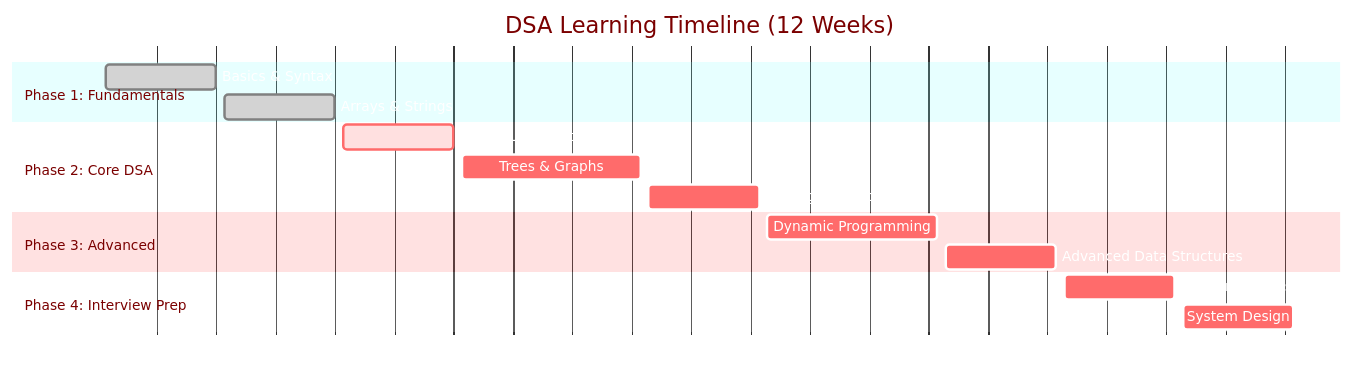
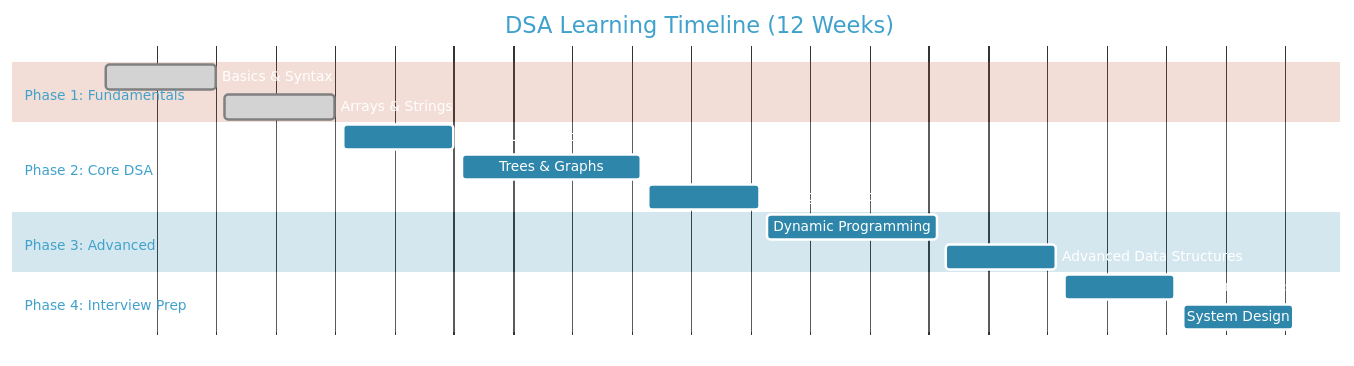
The third of 6 diagrams in references/learning-resources.md (AbhishekGiri04/CodeVault), drawn with Mermaid before and after one commit. The commit also changed other lines of this file, not shown here.

````diff
--- a/references/learning-resources.md
+++ b/references/learning-resources.md
@@ -235,25 +235,25 @@
 ```mermaid
 gantt
     title DSA Learning Timeline (12 Weeks)
     dateFormat  YYYY-MM-DD
     axisFormat %m/%d
     
     section Phase 1: Fundamentals
     Basics & Syntax           :done, basics, 2024-01-01, 2024-01-14
     Arrays & Strings          :done, arrays, 2024-01-15, 2024-01-28
     
     section Phase 2: Core DSA
     Linked Lists & Stacks     :active, lists, 2024-01-29, 2024-02-11
     Trees & Graphs            :trees, 2024-02-12, 2024-03-04
     Sorting & Searching       :sorting, 2024-03-05, 2024-03-18
     
     section Phase 3: Advanced
     Dynamic Programming       :dp, 2024-03-19, 2024-04-08
     Advanced Data Structures  :advanced, 2024-04-09, 2024-04-22
     
     section Phase 4: Interview Prep
     Mock Interviews           :interviews, 2024-04-23, 2024-05-06
     System Design            :system, 2024-05-07, 2024-05-20
 
-%%{init: {'theme':'base', 'themeVariables': {'primaryColor':'#ff6b6b', 'primaryTextColor':'#ffffff', 'primaryBorderColor':'#ffffff', 'gridColor':'#333333', 'section0':'#ff6b6b', 'section1':'#4ecdc4', 'section2':'#45b7d1', 'section3':'#ffa500'}}}%%
+%%{init: {'theme':'base', 'themeVariables': {'primaryColor':'#2E86AB', 'primaryTextColor':'#ffffff', 'primaryBorderColor':'#ffffff', 'gridColor':'#E5E5E5', 'section0':'#2E86AB', 'section1':'#A23B72', 'section2':'#F18F01', 'section3':'#C73E1D', 'activeTaskBkgColor':'#2E86AB', 'activeTaskBorderColor':'#ffffff', 'gridColor':'#cccccc', 'altBackgroundColor':'#f9f9f9'}}}%%
 ```
````
